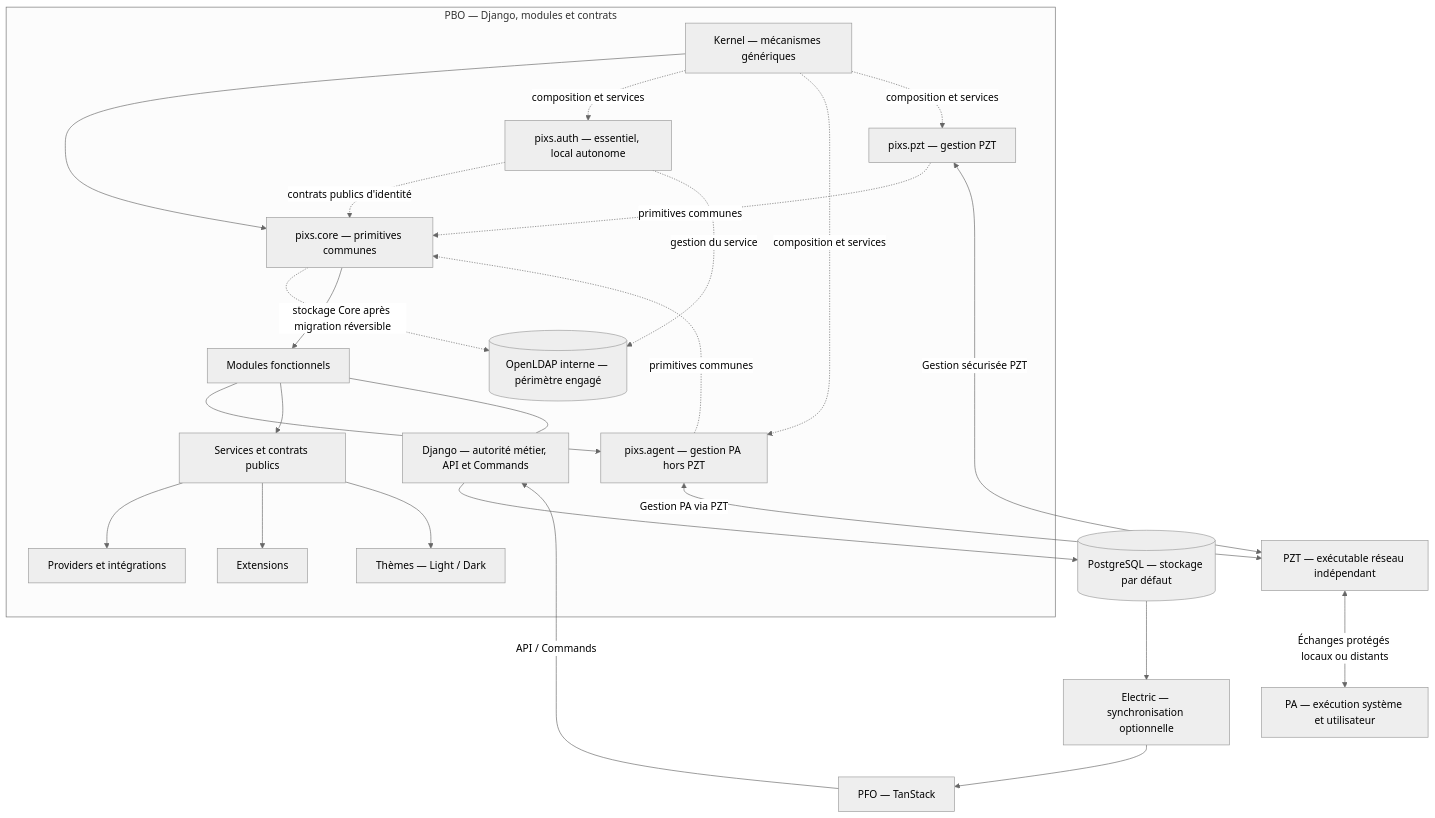
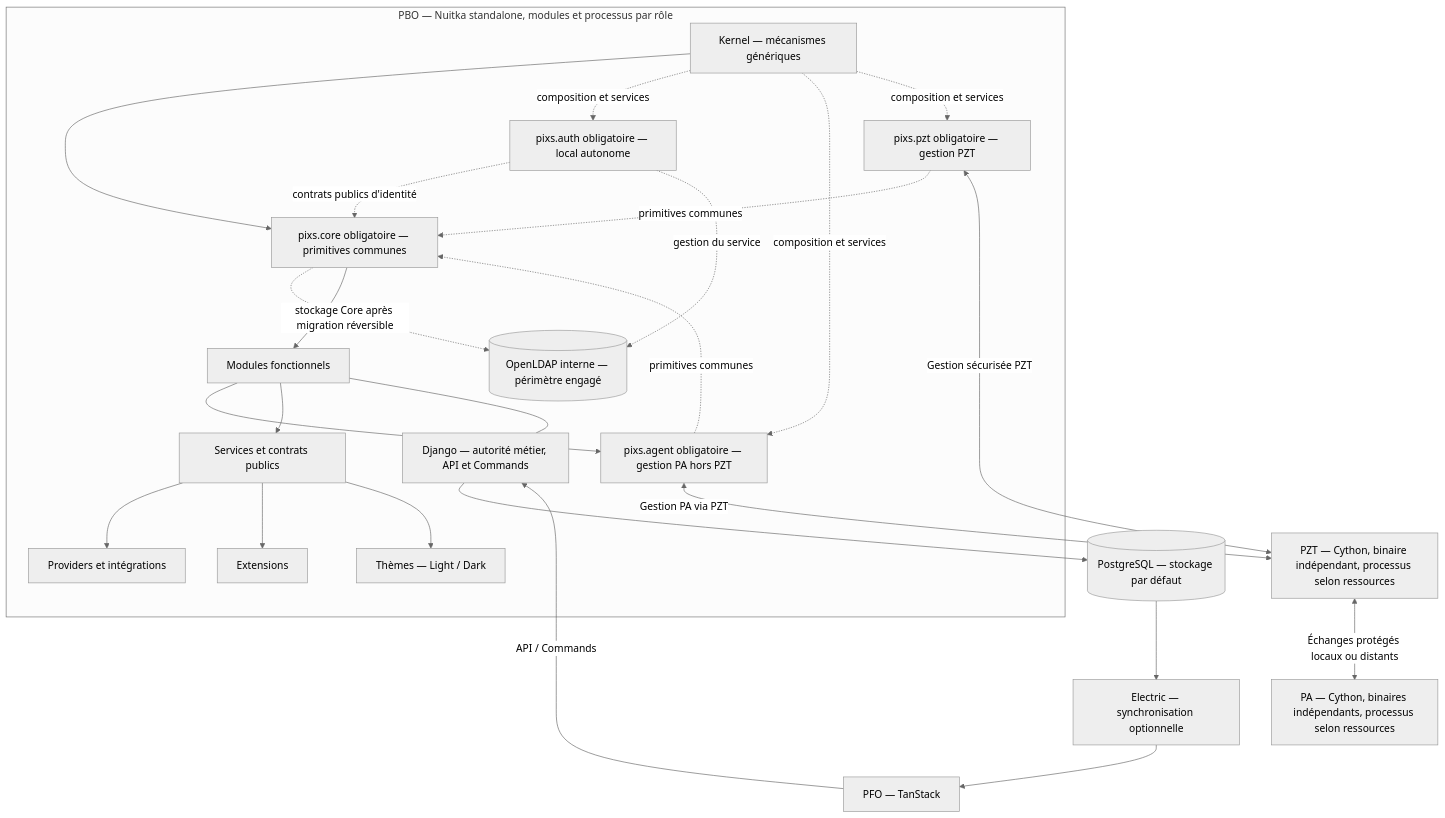
Before and after one commit to AzenorPixs/pixs: the second of 3 diagrams in PROJECT.md, drawn with Mermaid (neutral theme). The commit also changed other lines of this file and 416 other files, not shown here.

````diff
--- a/PROJECT.md
+++ b/PROJECT.md
@@ -3537,27 +3593,27 @@
 ```mermaid
 flowchart TB
-    subgraph B["PBO — Django, modules et contrats"]
-        K["Kernel — mécanismes génériques"] --> C["pixs.core — primitives communes"]
-        K -. "composition et services" .-> AU["pixs.auth — essentiel, local autonome"]
+    subgraph B["PBO — Nuitka standalone, modules et processus par rôle"]
+        K["Kernel — mécanismes génériques"] --> C["pixs.core obligatoire — primitives communes"]
+        K -. "composition et services" .-> AU["pixs.auth obligatoire — local autonome"]
         AU -. "contrats publics d'identité" .-> C
         C -. "stockage Core après migration réversible" .-> LD[("OpenLDAP interne — périmètre engagé")]
         AU -. "gestion du service" .-> LD
         C --> M["Modules fonctionnels"]
-        K -. "composition et services" .-> A["pixs.agent — gestion PA hors PZT"]
-        K -. "composition et services" .-> Z["pixs.pzt — gestion PZT"]
+        K -. "composition et services" .-> A["pixs.agent obligatoire — gestion PA hors PZT"]
+        K -. "composition et services" .-> Z["pixs.pzt obligatoire — gestion PZT"]
         A -. "primitives communes" .-> C
         Z -. "primitives communes" .-> C
         M --> A
         M --> S["Services et contrats publics"]
         S --> V["Providers et intégrations"]
         S --> X["Extensions"]
         S --> TH["Thèmes — Light / Dark"]
         M --- DJ["Django — autorité métier, API et Commands"]
     end
     DJ --> DB[("PostgreSQL — stockage par défaut")]
     FE["PFO — TanStack"] -->|"API / Commands"| DJ
     DB --> E["Electric — synchronisation optionnelle"] --> FE
-    A <-->|"Gestion PA via PZT"| T["PZT — exécutable réseau indépendant"]
+    A <-->|"Gestion PA via PZT"| T["PZT — Cython, binaire indépendant, processus selon ressources"]
     Z <-->|"Gestion sécurisée PZT"| T
-    T <-->|"Échanges protégés locaux ou distants"| P["PA — exécution système et utilisateur"]
+    T <-->|"Échanges protégés locaux ou distants"| P["PA — Cython, binaires indépendants, processus selon ressources"]
 ```
````
